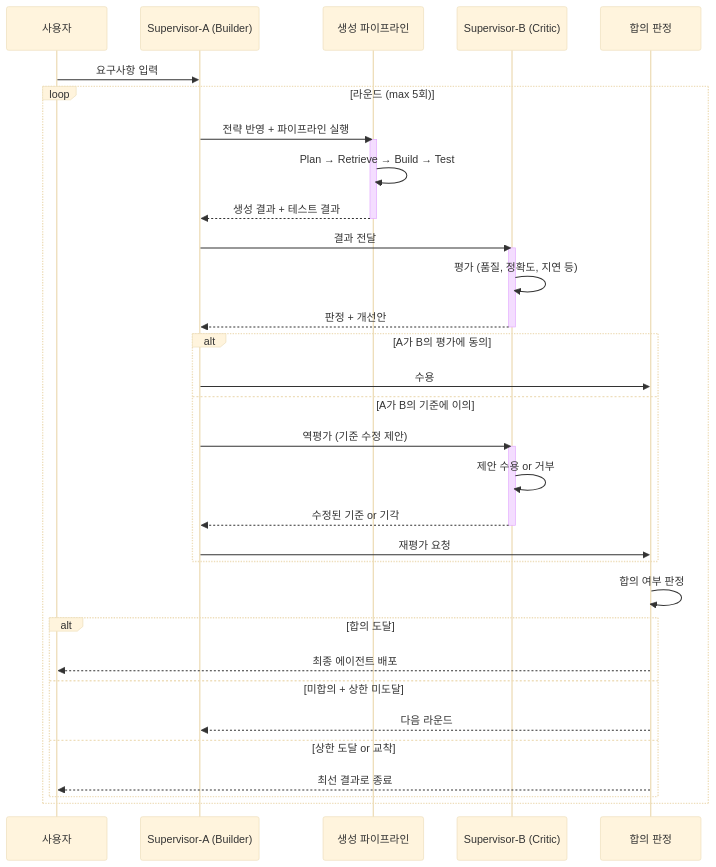
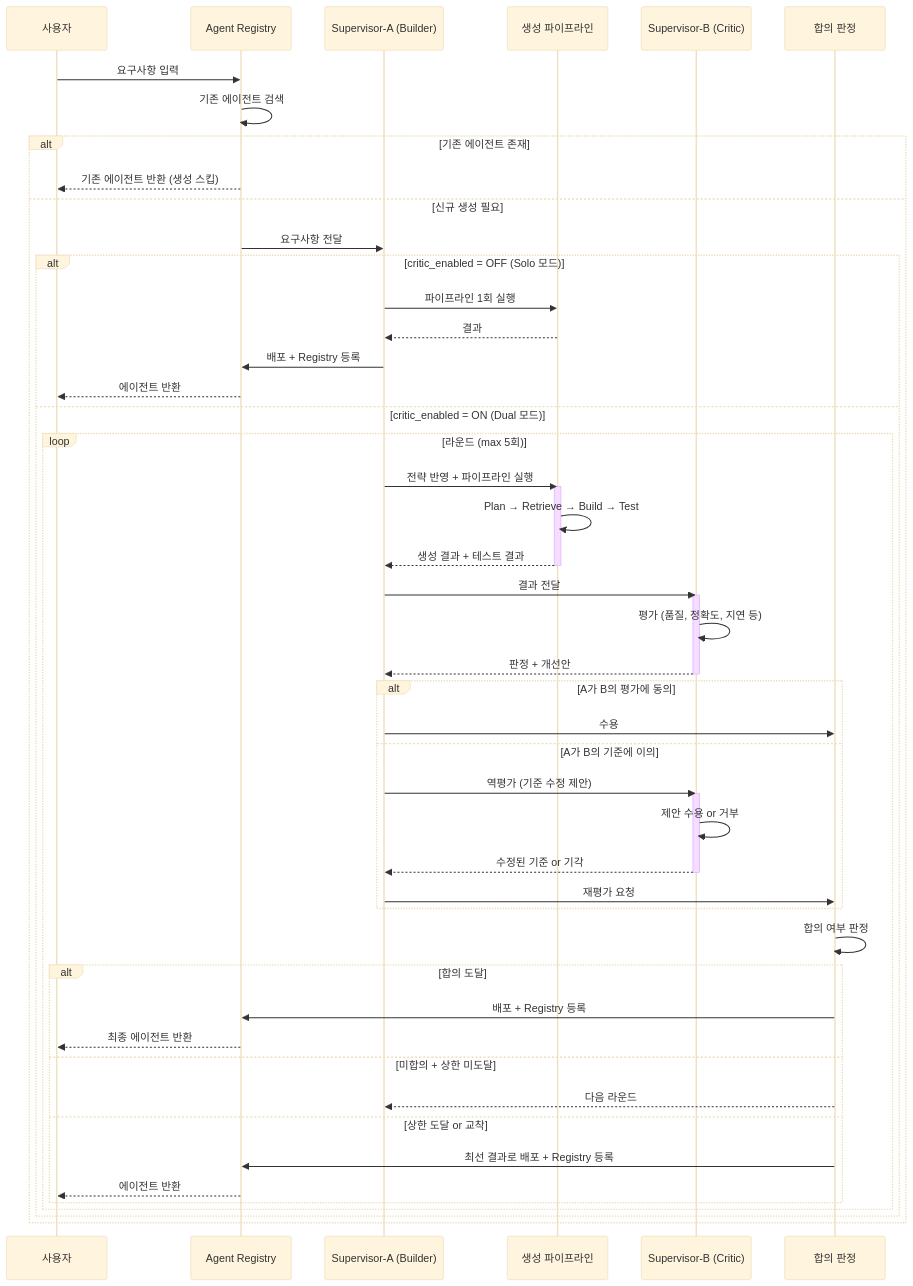
One commit to GiJeongCho/Synapse changed the third of 4 diagrams in docs/agent.md. Above: the diagram before and after it, drawn with Mermaid (base theme). The commit also changed other lines of this file, not shown here.

Commit message:
agent 설계 수정 중 1

````diff
--- a/docs/agent.md
+++ b/docs/agent.md
@@ -75,44 +119,61 @@
 ```mermaid
 sequenceDiagram
     participant U as 사용자
+    participant R as Agent Registry
     participant A as Supervisor-A (Builder)
     participant P as 생성 파이프라인
     participant B as Supervisor-B (Critic)
     participant C as 합의 판정
 
-    U->>A: 요구사항 입력
+    U->>R: 요구사항 입력
+    R->>R: 기존 에이전트 검색
 
-    loop 라운드 (max 5회)
-        A->>P: 전략 반영 + 파이프라인 실행
-        activate P
-        P->>P: Plan → Retrieve → Build → Test
-        P-->>A: 생성 결과 + 테스트 결과
-        deactivate P
+    alt 기존 에이전트 존재
+        R-->>U: 기존 에이전트 반환 (생성 스킵)
+    else 신규 생성 필요
+        R->>A: 요구사항 전달
 
-        A->>B: 결과 전달
-        activate B
-        B->>B: 평가 (품질, 정확도, 지연 등)
-        B-->>A: 판정 + 개선안
-        deactivate B
+        alt critic_enabled = OFF (Solo 모드)
+            A->>P: 파이프라인 1회 실행
+            P-->>A: 결과
+            A->>R: 배포 + Registry 등록
+            R-->>U: 에이전트 반환
+        else critic_enabled = ON (Dual 모드)
+            loop 라운드 (max 5회)
+                A->>P: 전략 반영 + 파이프라인 실행
+                activate P
+                P->>P: Plan → Retrieve → Build → Test
+                P-->>A: 생성 결과 + 테스트 결과
+                deactivate P
 
-        alt A가 B의 평가에 동의
-            A->>C: 수용
-        else A가 B의 기준에 이의
-            A->>B: 역평가 (기준 수정 제안)
-            activate B
-            B->>B: 제안 수용 or 거부
-            B-->>A: 수정된 기준 or 기각
-            deactivate B
-            A->>C: 재평가 요청
-        end
+                A->>B: 결과 전달
+                activate B
+                B->>B: 평가 (품질, 정확도, 지연 등)
+                B-->>A: 판정 + 개선안
+                deactivate B
 
-        C->>C: 합의 여부 판정
-        alt 합의 도달
-            C-->>U: 최종 에이전트 배포
-        else 미합의 + 상한 미도달
-            C-->>A: 다음 라운드
-        else 상한 도달 or 교착
-            C-->>U: 최선 결과로 종료
+                alt A가 B의 평가에 동의
+                    A->>C: 수용
+                else A가 B의 기준에 이의
+                    A->>B: 역평가 (기준 수정 제안)
+                    activate B
+                    B->>B: 제안 수용 or 거부
+                    B-->>A: 수정된 기준 or 기각
+                    deactivate B
+                    A->>C: 재평가 요청
+                end
+
+                C->>C: 합의 여부 판정
+                alt 합의 도달
+                    C->>R: 배포 + Registry 등록
+                    R-->>U: 최종 에이전트 반환
+                else 미합의 + 상한 미도달
+                    C-->>A: 다음 라운드
+                else 상한 도달 or 교착
+                    C->>R: 최선 결과로 배포 + Registry 등록
+                    R-->>U: 에이전트 반환
+                end
+            end
         end
     end
 ```
````
